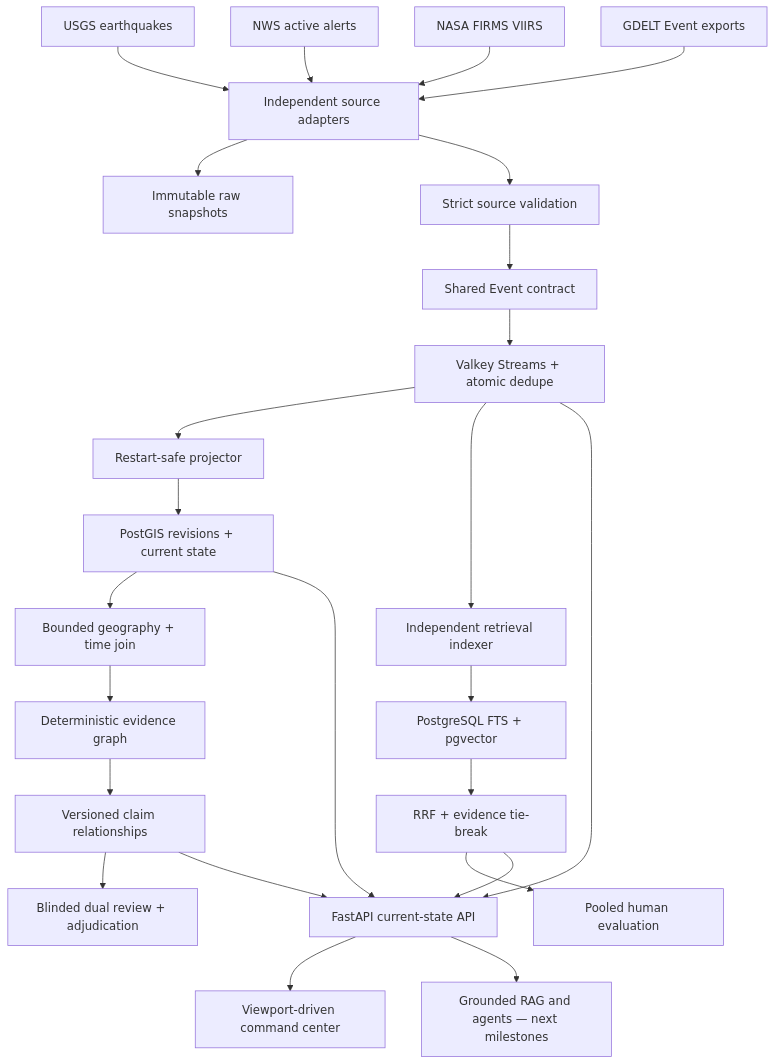
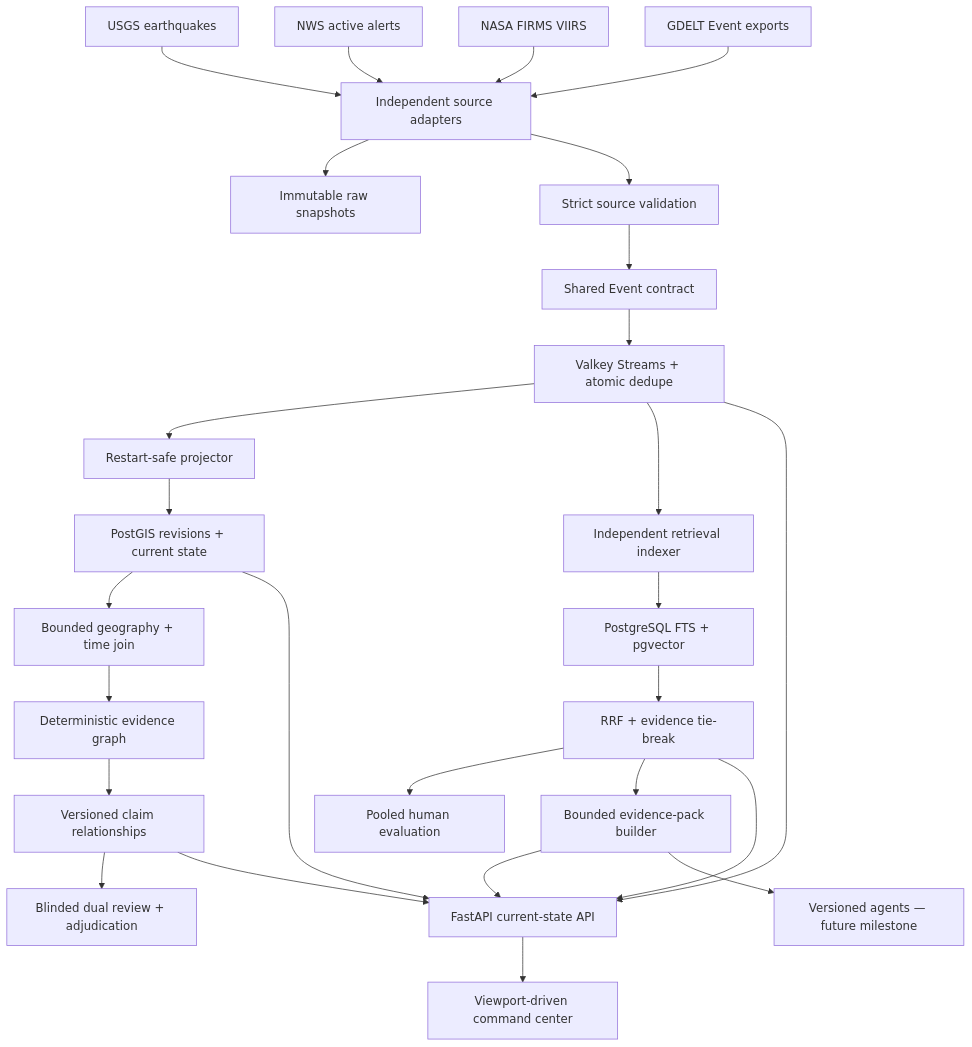
One commit to Thivas12/atlas-pulse changed the diagram in README.md. Above: the diagram before and after it, drawn with Mermaid. The commit also changed other lines of this file and 16 other files, not shown here.

First line of the commit message:
feat: add content-addressed agent evidence packs (#26)

````diff
--- a/README.md
+++ b/README.md
@@ -58,27 +63,29 @@
 ```mermaid
 flowchart TD
     USGS["USGS earthquakes"] --> Adapters["Independent source adapters"]
     NWS["NWS active alerts"] --> Adapters
     FIRMS["NASA FIRMS VIIRS"] --> Adapters
     GDELT["GDELT Event exports"] --> Adapters
     Adapters --> Raw["Immutable raw snapshots"]
     Adapters --> Validate["Strict source validation"]
     Validate --> Contract["Shared Event contract"]
     Contract --> Stream["Valkey Streams + atomic dedupe"]
     Stream --> Projector["Restart-safe projector"]
     Projector --> PostGIS["PostGIS revisions + current state"]
     Stream --> Indexer["Independent retrieval indexer"]
     Indexer --> Hybrid["PostgreSQL FTS + pgvector"]
     PostGIS --> Correlate["Bounded geography + time join"]
     Correlate --> Graph["Deterministic evidence graph"]
     Graph --> Claims["Versioned claim relationships"]
     Claims --> RelEvaluate["Blinded dual review + adjudication"]
     PostGIS --> API["FastAPI current-state API"]
     Hybrid --> Search["RRF + evidence tie-break"]
     Search --> Evaluate["Pooled human evaluation"]
+    Search --> Packs["Bounded evidence-pack builder"]
     Search --> API
+    Packs --> API
     Claims --> API
     Stream --> API
     API --> Web["Viewport-driven command center"]
-    API --> Agents["Grounded RAG and agents — next milestones"]
+    Packs --> Agents["Versioned agents — future milestone"]
 ```
````
